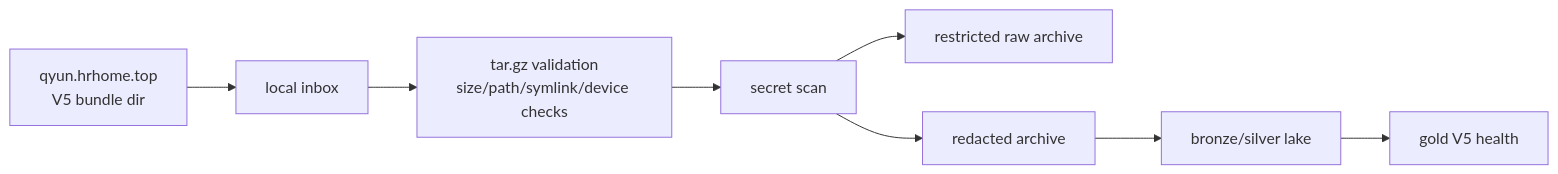
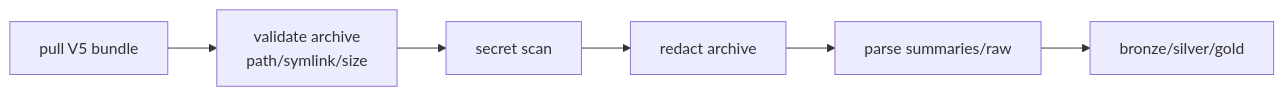
One commit to zhr2038/quant-lab changed the second of 2 diagrams in README.md. Above: the diagram before and after it, drawn with Mermaid. The commit also changed other lines of this file, not shown here.

Commit message:
Rewrite GitHub README for current quant-lab architecture

````diff
--- a/README.md
+++ b/README.md
@@ -371,14 +282,11 @@
 ```mermaid
 flowchart LR
-    Remote["qyun.hrhome.top<br/>V5 bundle dir"]
-    Inbox["local inbox"]
-    Validate["tar.gz validation<br/>size/path/symlink/device checks"]
+    Pull["pull V5 bundle"]
+    Validate["validate archive<br/>path/symlink/size"]
     Scan["secret scan"]
-    ArchiveRaw["restricted raw archive"]
-    Redact["redacted archive"]
-    Lake["bronze/silver lake"]
-    Analyze["gold V5 health"]
+    Redact["redact archive"]
+    Ingest["parse summaries/raw"]
+    Lake["bronze/silver/gold"]
 
-    Remote --> Inbox --> Validate --> Scan --> ArchiveRaw
-    Scan --> Redact --> Lake --> Analyze
+    Pull --> Validate --> Scan --> Redact --> Ingest --> Lake
 ```
````
